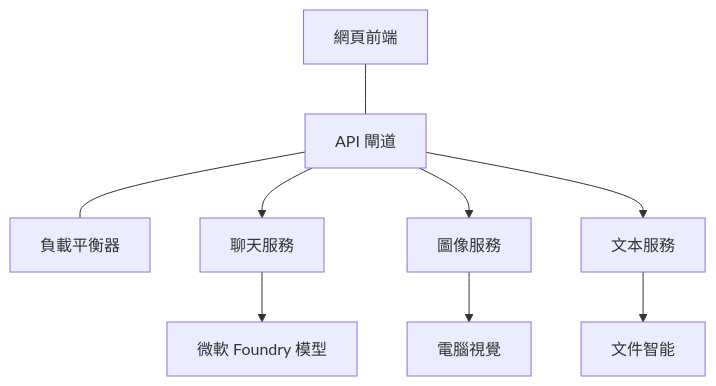
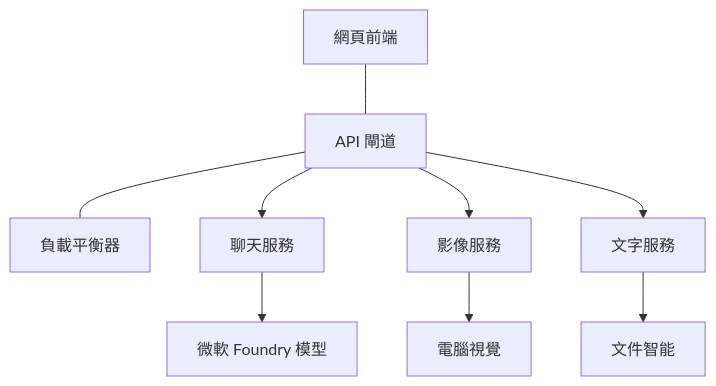
One commit to microsoft/AZD-for-beginners changed the diagram in translations/zh-HK/docs/chapter-08-production/production-ai-practices.md. Above: the diagram before and after it, drawn with Mermaid. The commit also changed other lines of this file and 101 other files, not shown here.

````diff
--- a/translations/zh-HK/docs/chapter-08-production/production-ai-practices.md
+++ b/translations/zh-HK/docs/chapter-08-production/production-ai-practices.md
@@ -30,10 +30,10 @@
 ```mermaid
 graph TD
     Frontend[網頁前端] --- Gateway[API 閘道] --- LB[負載平衡器]
     Gateway --> Chat[聊天服務]
-    Gateway --> Image[圖像服務]
-    Gateway --> Text[文本服務]
+    Gateway --> Image[影像服務]
+    Gateway --> Text[文字服務]
     Chat --> OpenAI[微軟 Foundry 模型]
     Image --> Vision[電腦視覺]
     Text --> DocIntel[文件智能]
 ```
````
